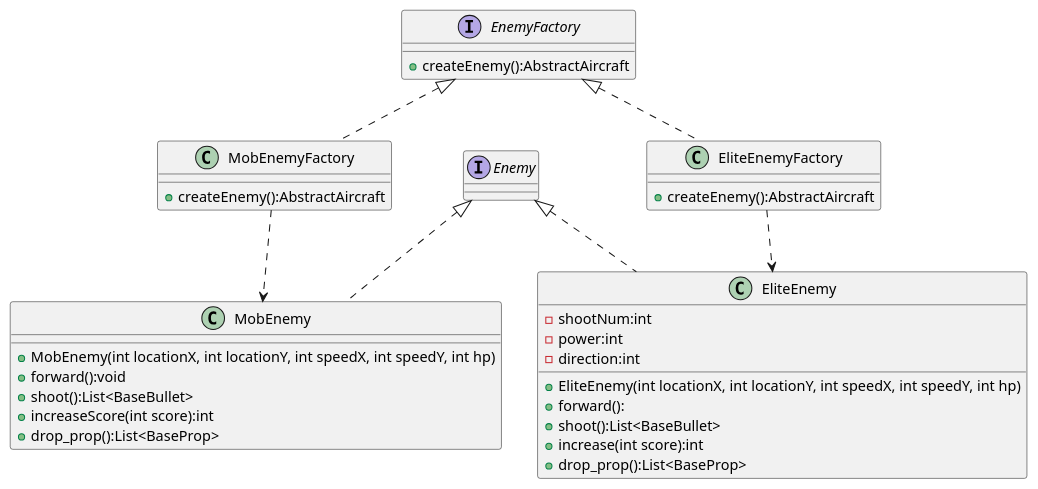
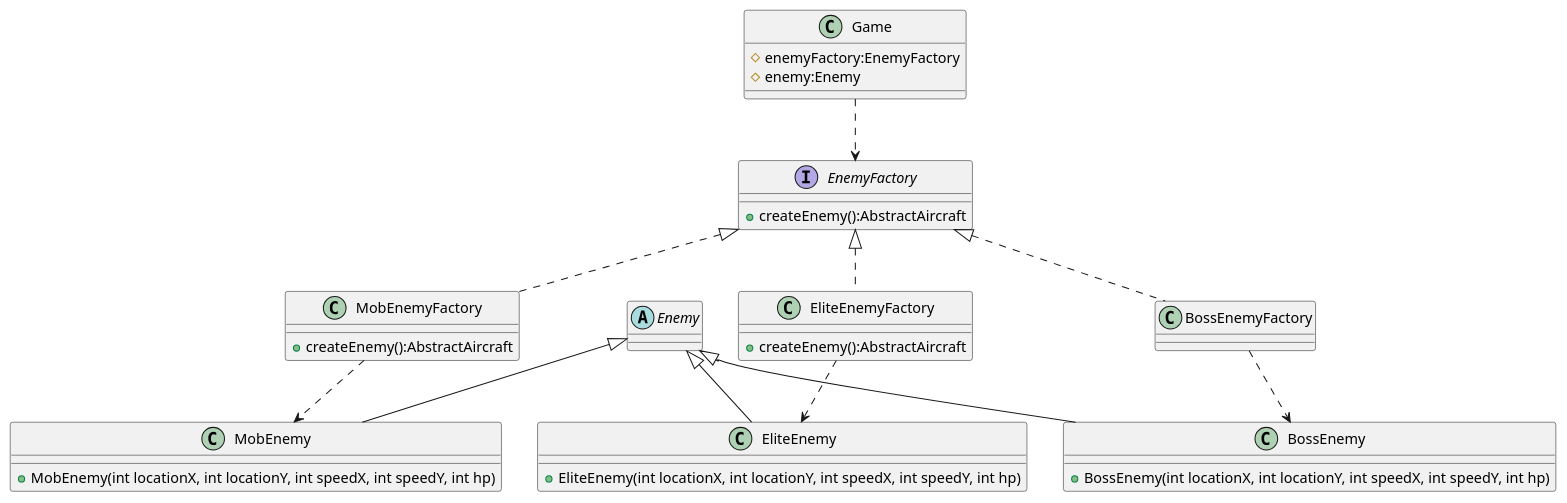
Before and after one commit to fanlile/AircraftWar: the diagram in uml/EnemyFactory.puml, drawn with PlantUML. The commit also changed 29 other files, not shown here.

```diff
--- a/uml/EnemyFactory.puml
+++ b/uml/EnemyFactory.puml
@@ -1,46 +1,56 @@
 @startuml
-interface Enemy {
+class Game {
+    # enemyFactory:EnemyFactory
+    # enemy:Enemy
+}
+
+Game ..> EnemyFactory
+
+abstract class Enemy {
 
 }
 
 interface EnemyFactory {
     + createEnemy():AbstractAircraft
 }
 
 class MobEnemy {
     + MobEnemy(int locationX, int locationY, int speedX, int speedY, int hp)
-    + forward():void
-    + shoot():List<BaseBullet>
-    + increaseScore(int score):int
-    + drop_prop():List<BaseProp>
 }
 
-Enemy <|.. MobEnemy
+Enemy <|-- MobEnemy
 
 class MobEnemyFactory {
     + createEnemy():AbstractAircraft
 }
 
 EnemyFactory <|.. MobEnemyFactory
 MobEnemyFactory ..> MobEnemy
 
 class EliteEnemy {
-    - shootNum:int
-    - power:int
-    - direction:int
     + EliteEnemy(int locationX, int locationY, int speedX, int speedY, int hp)
-    + forward():
-    + shoot():List<BaseBullet>
-    + increase(int score):int
-    + drop_prop():List<BaseProp>
 }
 
-Enemy <|.. EliteEnemy
+Enemy <|-- EliteEnemy
 
 class EliteEnemyFactory{
     + createEnemy():AbstractAircraft
 }
 
 EnemyFactory <|.. EliteEnemyFactory
 EliteEnemyFactory ..> EliteEnemy
+
+class BossEnemy {
+    + BossEnemy(int locationX, int locationY, int speedX, int speedY, int hp)
+}
+
+Enemy <|-- BossEnemy
+
+class BossEnemyFactory {
+
+}
+
+EnemyFactory <|.. BossEnemyFactory
+BossEnemyFactory ..> BossEnemy
+
 @enduml
```
